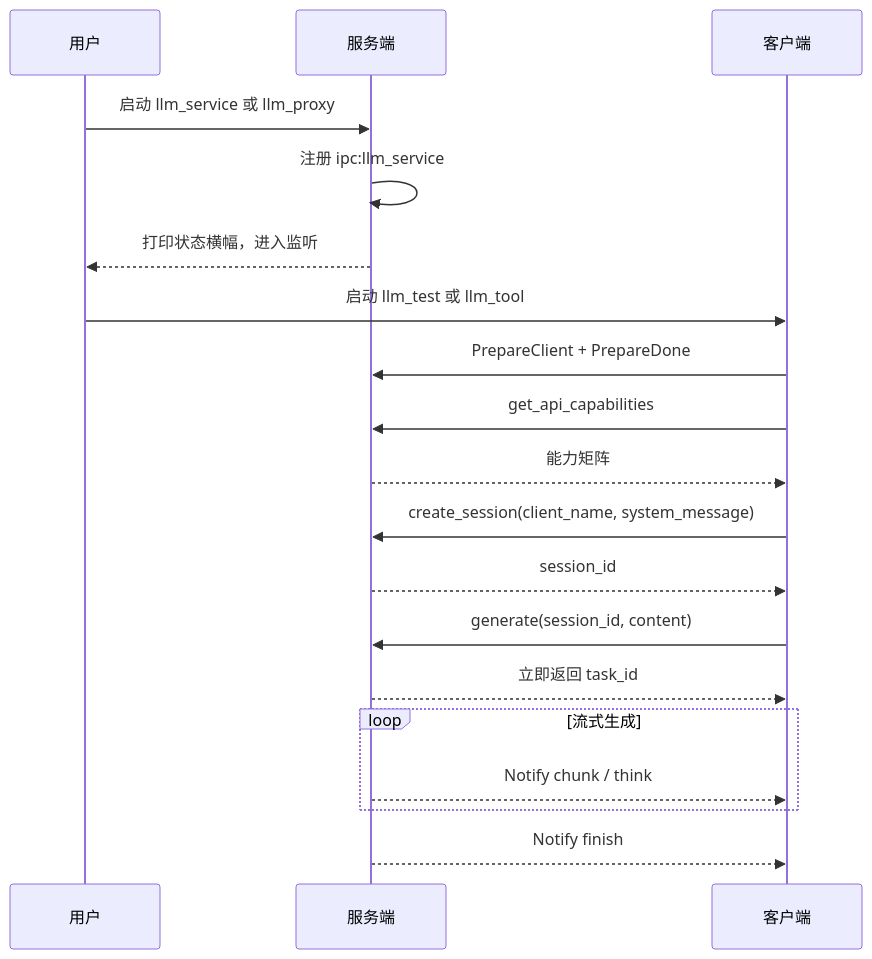
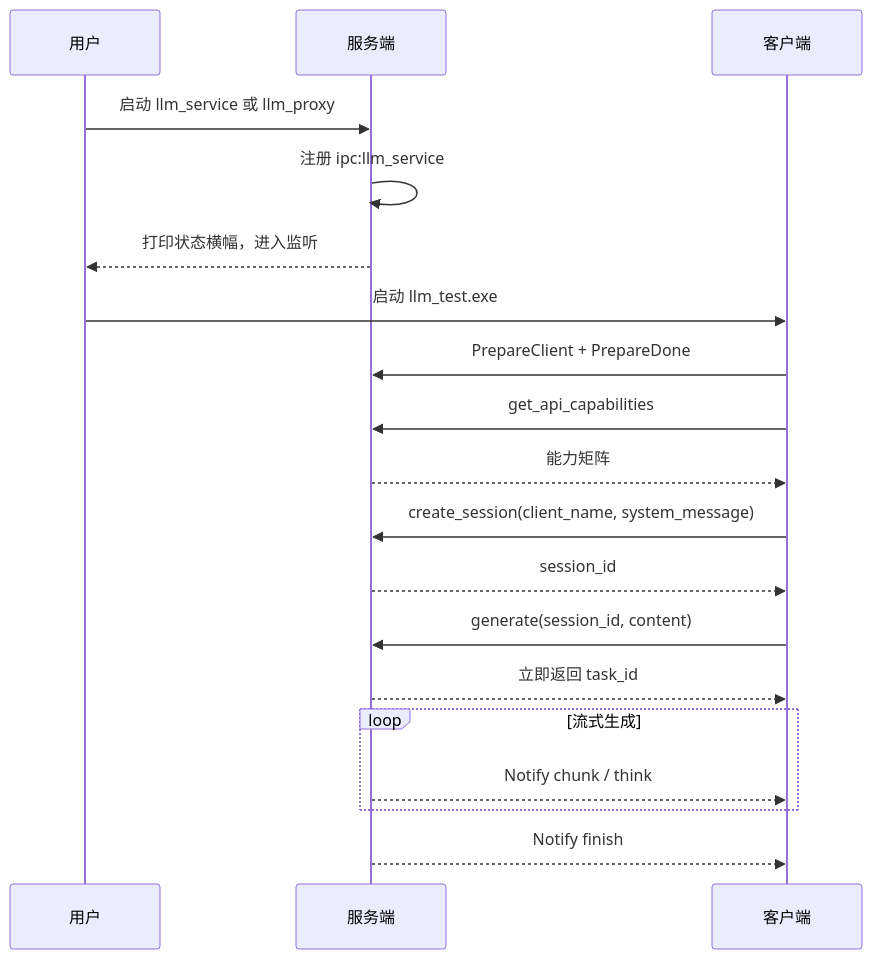
The seventh of 28 diagrams in src/llm-service/LingoFuse_LLM_Ecosystem_User_Guide.md (PassByYou888/LingoFuse-pasAgent), drawn with Mermaid before and after one commit. The commit also changed other lines of this file, not shown here.

````diff
--- a/src/llm-service/LingoFuse_LLM_Ecosystem_User_Guide.md
+++ b/src/llm-service/LingoFuse_LLM_Ecosystem_User_Guide.md
@@ -176,22 +229,22 @@
 ```mermaid
 sequenceDiagram
     participant U as 用户
     participant S as 服务端
     participant C as 客户端
 
     U->>S: 启动 llm_service 或 llm_proxy
     S->>S: 注册 ipc:llm_service
     S-->>U: 打印状态横幅，进入监听
-    U->>C: 启动 llm_test 或 llm_tool
+    U->>C: 启动 llm_test.exe
     C->>S: PrepareClient + PrepareDone
     C->>S: get_api_capabilities
     S-->>C: 能力矩阵
     C->>S: create_session(client_name, system_message)
     S-->>C: session_id
     C->>S: generate(session_id, content)
     S-->>C: 立即返回 task_id
     loop 流式生成
         S-->>C: Notify chunk / think
     end
     S-->>C: Notify finish
 ```
````
